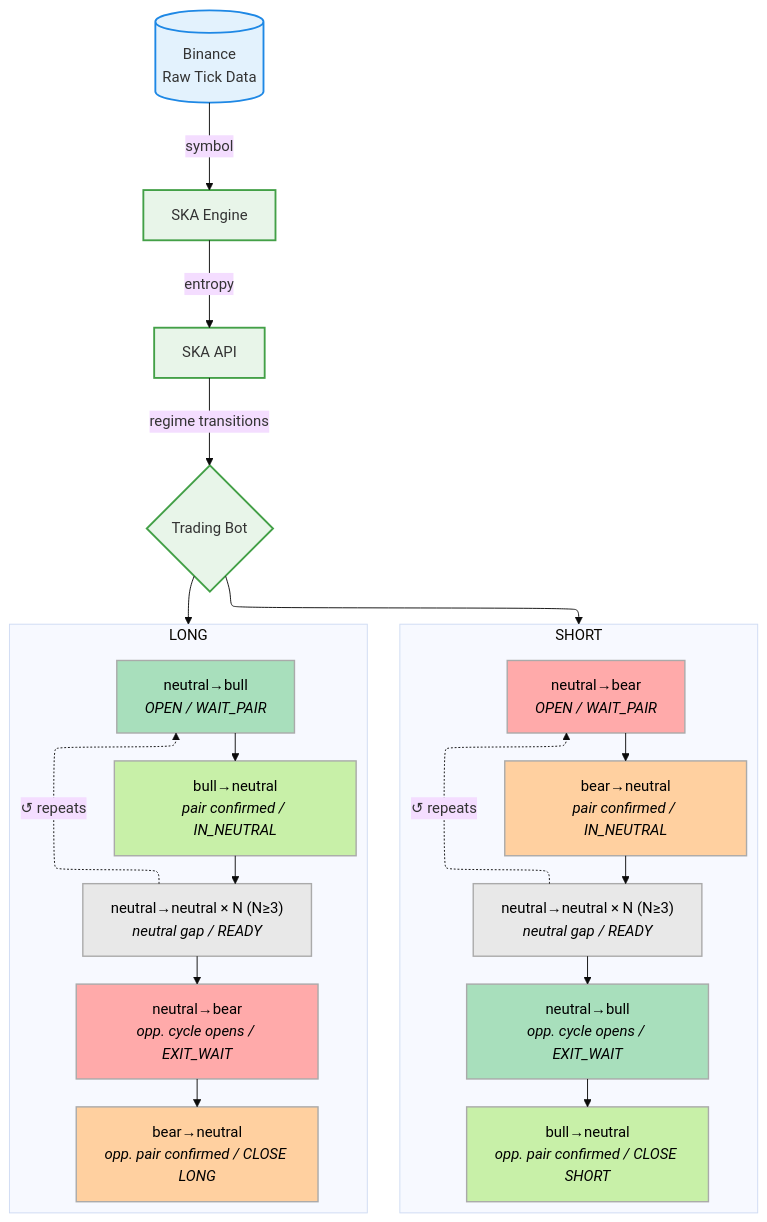
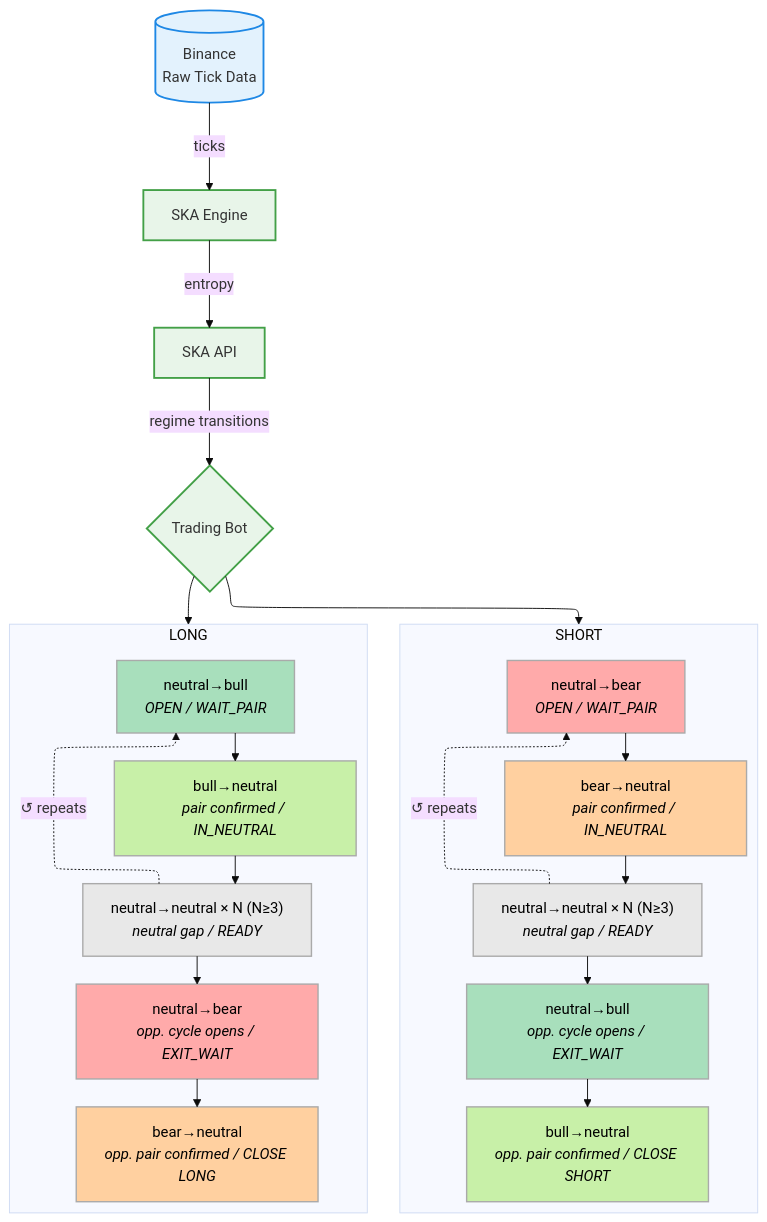
Before and after one commit to quantiota/SKA-quantitative-finance: the diagram in real_time_trading_bots/README.md, drawn with Mermaid.

````diff
--- a/real_time_trading_bots/README.md
+++ b/real_time_trading_bots/README.md
@@ -24,67 +24,67 @@
 ```mermaid
 ---
 config:
   look: classic
   theme: base
   layout: elk
 ---
 flowchart TD
     BINANCE[(Binance <br/> Raw Tick Data)]
     ENGINE[SKA Engine]
     API["SKA API"]
     BOT@{ shape: diamond, label: "Trading Bot" }
 
-    BINANCE -- "symbol" --> ENGINE
+    BINANCE -- "ticks" --> ENGINE
     API -- "regime transitions" --> BOT
     ENGINE -- "entropy" --> API
 
     BOT --> LONG
     BOT --> SHORT
 
     subgraph SHORT["SHORT"]
         direction TB
         S1["neutral→bear<br/><i>OPEN / WAIT_PAIR</i>"]
         S2["bear→neutral<br/><i>pair confirmed / IN_NEUTRAL</i>"]
         S3["neutral→neutral × N (N≥3)<br/><i>neutral gap / READY</i>"]
         S4["neutral→bull<br/><i>opp. cycle opens / EXIT_WAIT</i>"]
         S5["bull→neutral<br/><i>opp. pair confirmed / CLOSE SHORT</i>"]
         S1 --> S2 --> S3 --> S4 --> S5
         S3 -. "↺ repeats" .-> S1
     end
 
     subgraph LONG["LONG"]
         direction TB
         L1["neutral→bull<br/><i>OPEN / WAIT_PAIR</i>"]
         L2["bull→neutral<br/><i>pair confirmed / IN_NEUTRAL</i>"]
         L3["neutral→neutral × N (N≥3)<br/><i>neutral gap / READY</i>"]
         L4["neutral→bear<br/><i>opp. cycle opens / EXIT_WAIT</i>"]
         L5["bear→neutral<br/><i>opp. pair confirmed / CLOSE LONG</i>"]
         L1 --> L2 --> L3 --> L4 --> L5
         L3 -. "↺ repeats" .-> L1
     end
 
     classDef data      fill:#E3F2FD,stroke:#1E88E5,stroke-width:2px;
     classDef process   fill:#E8F5E9,stroke:#43A047,stroke-width:2px;
     classDef longOpen  fill:#A8DFBC,stroke:#AAAAAA,color:#000,stroke-width:1.5px;
     classDef longPair  fill:#C8F0A8,stroke:#AAAAAA,color:#000,stroke-width:1.5px;
     classDef shortOpen fill:#FFAAAA,stroke:#AAAAAA,color:#000,stroke-width:1.5px;
     classDef shortPair fill:#FFD0A0,stroke:#AAAAAA,color:#000,stroke-width:1.5px;
     classDef neutral   fill:#E8E8E8,stroke:#AAAAAA,color:#000,stroke-width:1.5px;
 
     class BINANCE data;
     class ENGINE process;
     class API,BOT process;
 
     class L1 longOpen;
     class L2 longPair;
     class L3 neutral;
     class L4 shortOpen;
     class L5 shortPair;
     class S1 shortOpen;
     class S2 shortPair;
     class S3 neutral;
     class S4 longOpen;
     class S5 longPair;
 
 
 ```
````
